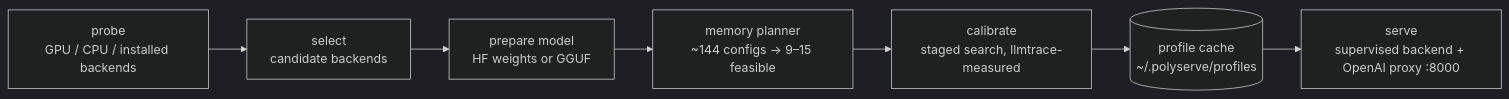
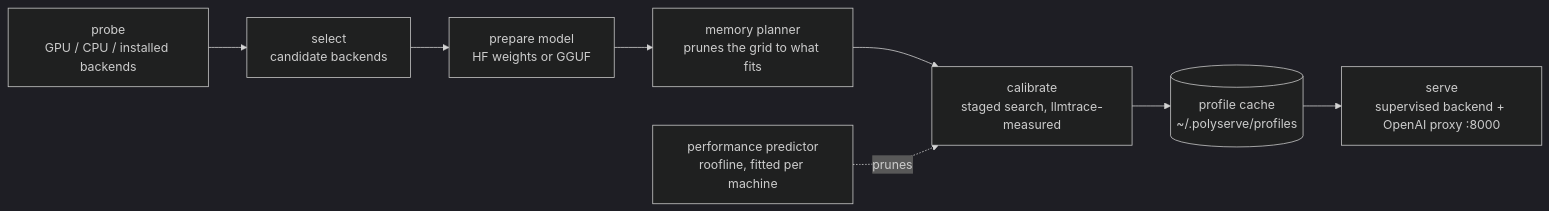
One commit to Aagam-Bothara/polyserve changed the diagram in README.md. Above: the diagram before and after it, drawn with Mermaid (dark theme). The commit also changed other lines of this file and 8 other files, not shown here.

````diff
--- a/README.md
+++ b/README.md
@@ -41,9 +41,10 @@
 ```mermaid
 flowchart LR
     P[probe<br/>GPU / CPU / installed backends] --> S[select<br/>candidate backends]
     S --> M[prepare model<br/>HF weights or GGUF]
-    M --> PL[memory planner<br/>~144 configs → 9–15 feasible]
+    M --> PL[memory planner<br/>prunes the grid to what fits]
     PL --> C[calibrate<br/>staged search, llmtrace-measured]
+    PR[performance predictor<br/>roofline, fitted per machine] -.prunes.-> C
     C --> CA[(profile cache<br/>~/.polyserve/profiles)]
     CA --> SV[serve<br/>supervised backend + OpenAI proxy :8000]
 ```
````
